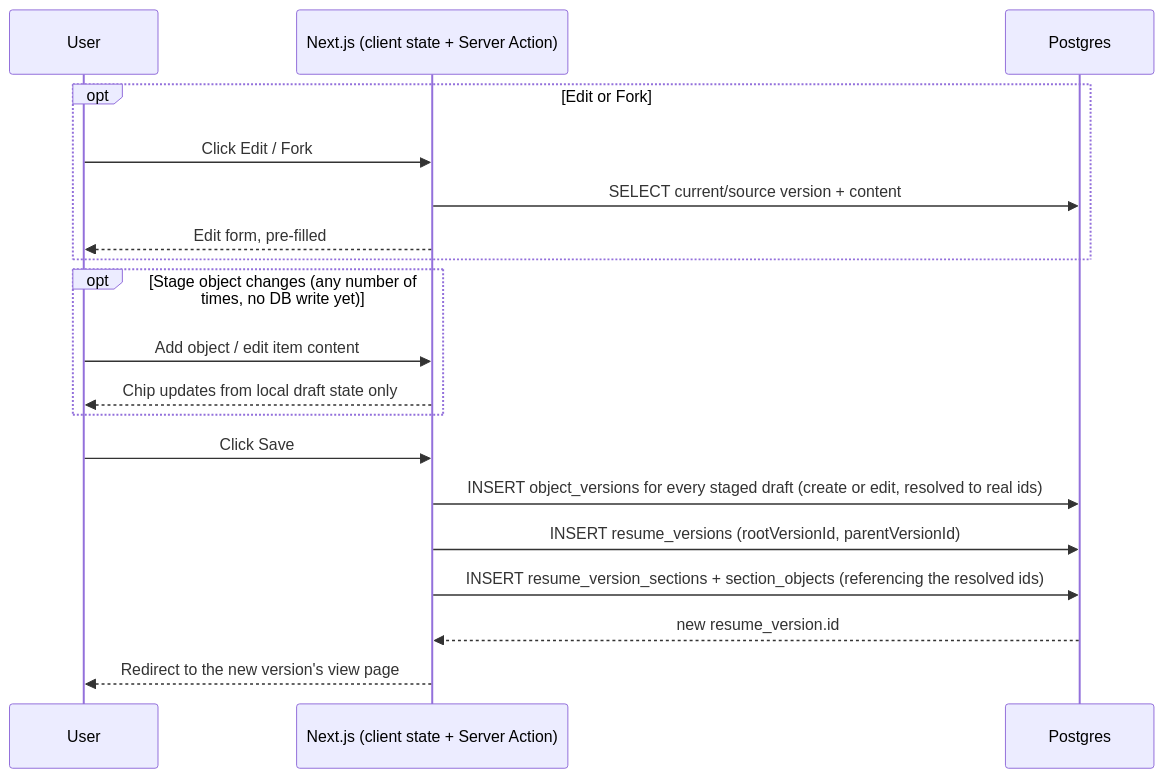
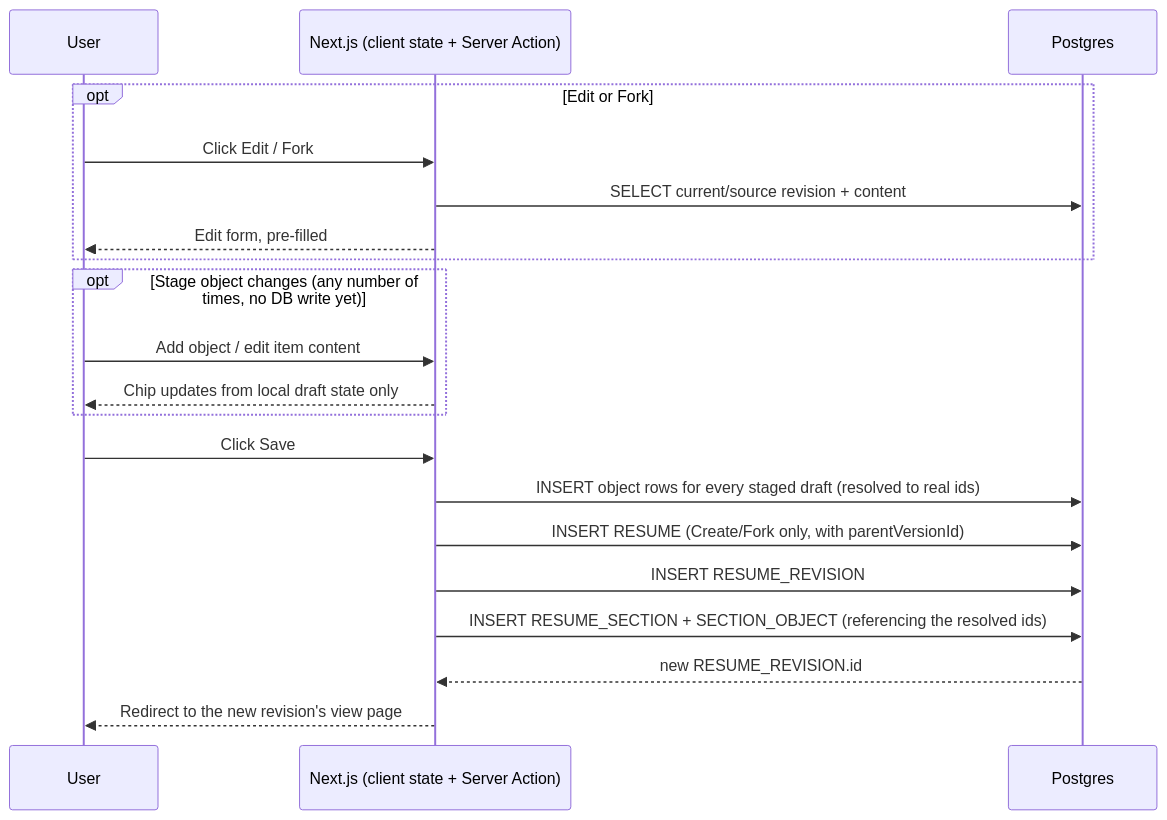
Before and after one commit to NiceKim/career-profile: the third of 5 diagrams in docs/superpowers/specs/2026-08-16-resume-version-control-design.md, drawn with Mermaid. The commit also changed other lines of this file and 1 other file, not shown here.

First line of the commit message:
docs: finalize object/resume normalization spec + implementation plan

````diff
--- a/docs/superpowers/specs/2026-08-16-resume-version-control-design.md
+++ b/docs/superpowers/specs/2026-08-16-resume-version-control-design.md
@@ -135,24 +149,25 @@
 ```mermaid
 sequenceDiagram
     participant U as User
     participant App as Next.js (client state + Server Action)
     participant DB as Postgres
 
     opt Edit or Fork
         U->>App: Click Edit / Fork
-        App->>DB: SELECT current/source version + content
+        App->>DB: SELECT current/source revision + content
         App-->>U: Edit form, pre-filled
     end
 
     opt Stage object changes (any number of times, no DB write yet)
         U->>App: Add object / edit item content
         App-->>U: Chip updates from local draft state only
     end
 
     U->>App: Click Save
-    App->>DB: INSERT object_versions for every staged draft (create or edit, resolved to real ids)
-    App->>DB: INSERT resume_versions (rootVersionId, parentVersionId)
-    App->>DB: INSERT resume_version_sections + section_objects (referencing the resolved ids)
-    DB-->>App: new resume_version.id
-    App-->>U: Redirect to the new version's view page
+    App->>DB: INSERT object rows for every staged draft (resolved to real ids)
+    App->>DB: INSERT RESUME (Create/Fork only, with parentVersionId)
+    App->>DB: INSERT RESUME_REVISION
+    App->>DB: INSERT RESUME_SECTION + SECTION_OBJECT (referencing the resolved ids)
+    DB-->>App: new RESUME_REVISION.id
+    App-->>U: Redirect to the new revision's view page
 ```
````
